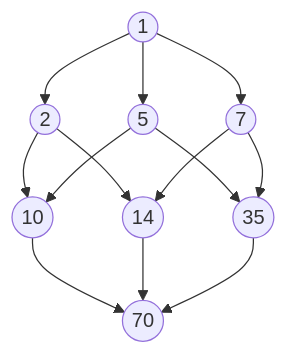
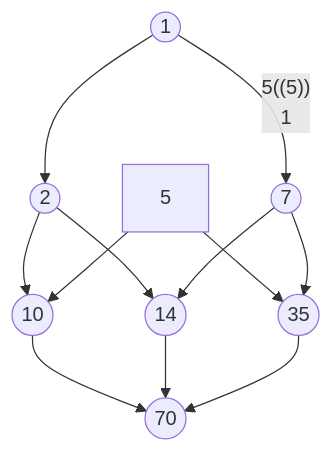
One commit to LeonStoldt/discreteMathematics changed diagram 14 of 14 in README.md. Above: the diagram before and after it, drawn with Mermaid. The commit also changed other lines of this file, not shown here.

````diff
--- a/README.md
+++ b/README.md
@@ -242,15 +242,15 @@
 ```mermaid
 graph TD
 1((1)) --> 2((2))
-1 --> 5((5))
+1 -- 5((5))
 1 --> 7((7))
 2 --> 10((10))
 2 --> 14((14))
 5 --> 10
 5 --> 35((35))
 7 --> 14
 7 --> 35
 10 --> 70((70))
 14 --> 70
 35 --> 70
 ```
````
